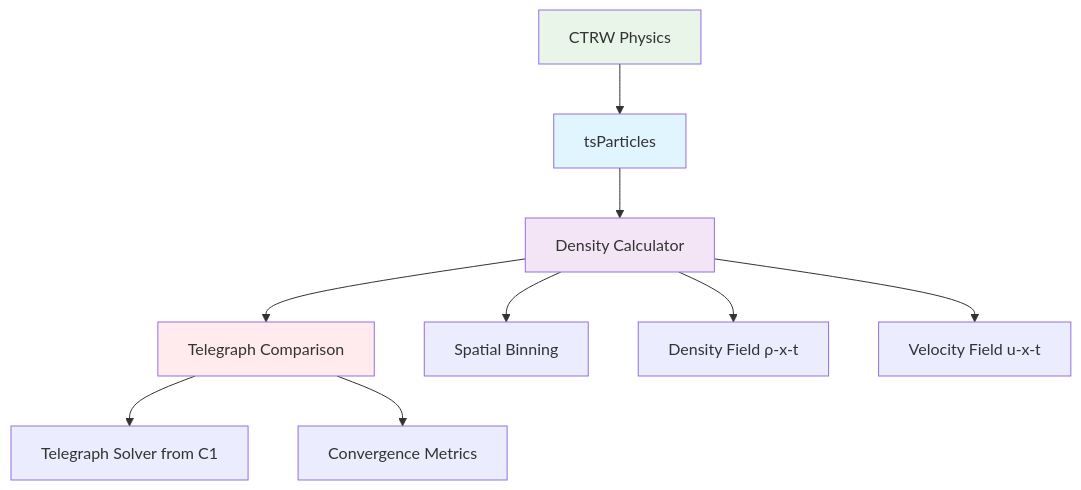
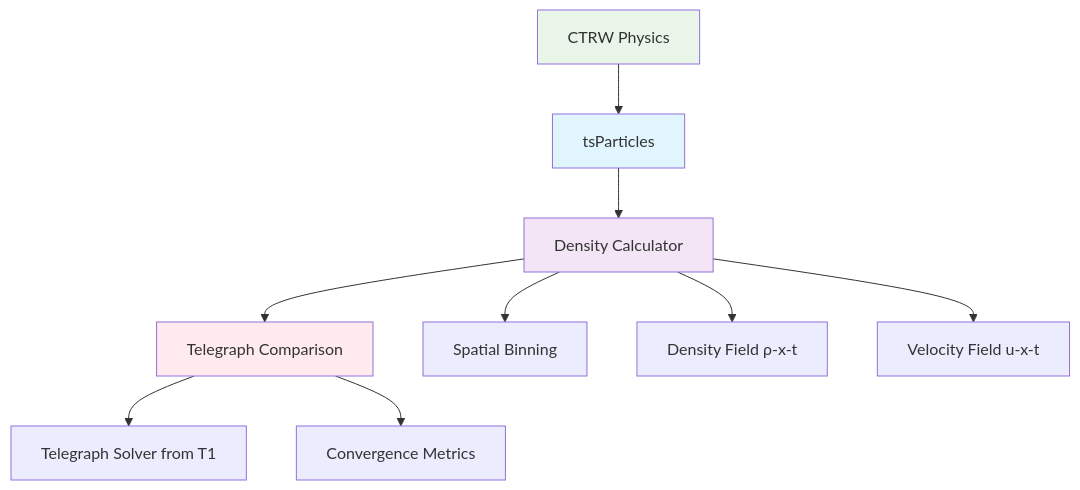
One commit to space-cadet/qc-diffusion-code changed the fourth of 7 diagrams in memory-bank/implementation-details/random-walks-diff-eq.md. Above: the diagram before and after it, drawn with Mermaid. The commit also changed other lines of this file and 208 other files, not shown here.

````diff
--- a/memory-bank/implementation-details/random-walks-diff-eq.md
+++ b/memory-bank/implementation-details/random-walks-diff-eq.md
@@ -64,18 +64,18 @@
 ```mermaid
 graph TD
     A[CTRW Physics] --> B[tsParticles]
     B --> C[Density Calculator]
     C --> D[Telegraph Comparison]
 
     C --> E[Spatial Binning]
     C --> F[Density Field ρ-x-t]
     C --> G[Velocity Field u-x-t]
 
-    D --> H[Telegraph Solver from C1]
+    D --> H[Telegraph Solver from T1]
     D --> I[Convergence Metrics]
 
     style A fill:#e8f5e8
     style B fill:#e1f5fe
     style C fill:#f3e5f5
     style D fill:#ffebee
 ```
````
